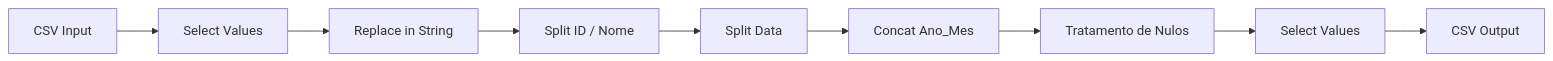
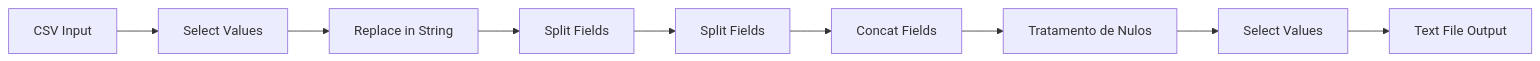
The fourth of 6 diagrams in README.md (danielli-arcari/pentaho-data-preparation-leega), drawn with Mermaid before and after one commit. The commit also changed other lines of this file, not shown here.

````diff
--- a/README.md
+++ b/README.md
@@ -82,11 +123,11 @@
 ```mermaid
 flowchart LR
     A[CSV Input] --> B[Select Values]
     B --> C[Replace in String]
-    C --> D[Split ID / Nome]
-    D --> E[Split Data]
-    E --> F[Concat Ano_Mes]
+    C --> D[Split Fields]
+    D --> E[Split Fields]
+    E --> F[Concat Fields]
     F --> G[Tratamento de Nulos]
     G --> H[Select Values]
-    H --> I[CSV Output]
+    H --> I[Text File Output]
 ```
````
